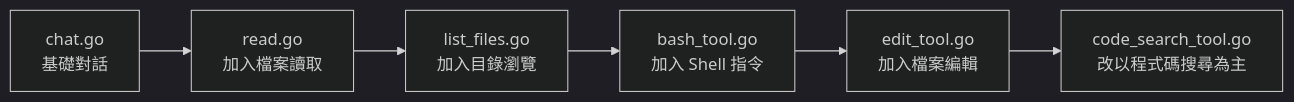
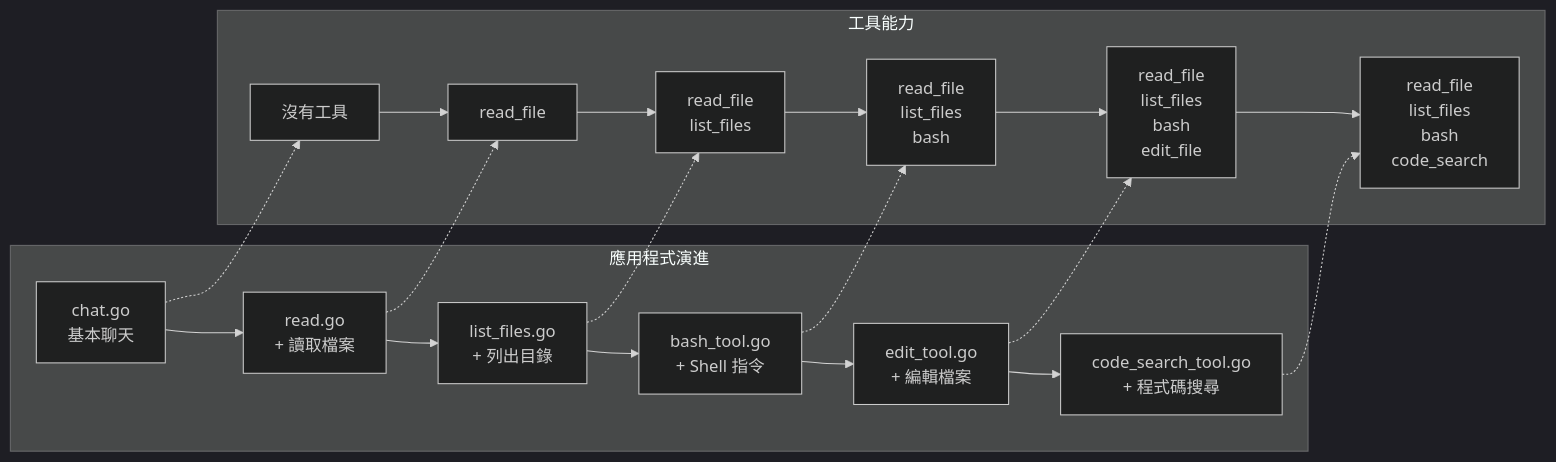
One commit to RobbinHsu/how-to-build-a-coding-agent changed the first of 2 diagrams in README.zh-TW.md. Above: the diagram before and after it, drawn with Mermaid (dark theme). The commit also changed other lines of this file and 15 other files, not shown here.

````diff
--- a/README.zh-TW.md
+++ b/README.zh-TW.md
@@ -40,8 +38,25 @@
 ```mermaid
 graph LR
-    A["chat.go<br/>基礎對話"] --> B["read.go<br/>加入檔案讀取"]
-    B --> C["list_files.go<br/>加入目錄瀏覽"]
-    C --> D["bash_tool.go<br/>加入 Shell 指令"]
-    D --> E["edit_tool.go<br/>加入檔案編輯"]
-    E --> F["code_search_tool.go<br/>改以程式碼搜尋為主"]
+    subgraph "應用程式演進"
+        A[chat.go<br/>基本聊天] --> B[read.go<br/>+ 讀取檔案]
+        B --> C[list_files.go<br/>+ 列出目錄]
+        C --> D[bash_tool.go<br/>+ Shell 指令]
+        D --> E[edit_tool.go<br/>+ 編輯檔案]
+        E --> F[code_search_tool.go<br/>+ 程式碼搜尋]
+    end
+    
+    subgraph "工具能力"
+        G[沒有工具] --> H[read_file]
+        H --> I[read_file<br/>list_files]
+        I --> J[read_file<br/>list_files<br/>bash]
+        J --> K[read_file<br/>list_files<br/>bash<br/>edit_file]
+        K --> L[read_file<br/>list_files<br/>bash<br/>code_search]
+    end
+    
+    A -.-> G
+    B -.-> H
+    C -.-> I
+    D -.-> J
+    E -.-> K
+    F -.-> L
 ```
````
